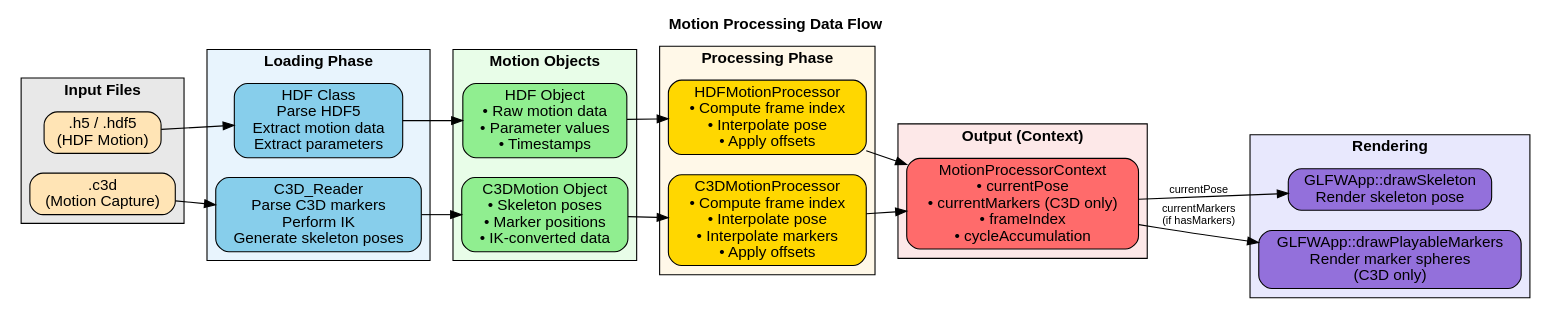
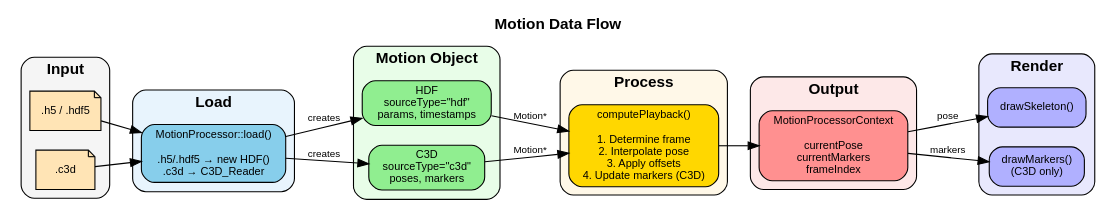
The diagram in plot/dot/motion_data_flow.dot (DaebangStn/BidirectionalGaitNet), drawn with Graphviz before and after one commit. The commit also changed 30 other files, not shown here.

Commit message:
refactor: clean up motion file types (removed bvh, hdfRollout)

```diff
--- a/plot/dot/motion_data_flow.dot
+++ b/plot/dot/motion_data_flow.dot
@@ -1,95 +1,96 @@
 // Motion Data Flow Diagram
-// Shows the flow of data through the motion processing system
+// BidirectionalGaitNet Viewer - Unified Motion Processing Pipeline
+// Generate: dot -Tpng -o motion_data_flow.png motion_data_flow.dot
 
 digraph MotionDataFlow {
     rankdir=LR;
-    node [shape=box, style="rounded,filled", fontname="Helvetica"];
-    edge [fontname="Helvetica", fontsize=10];
+    node [shape=box, style="rounded,filled", fontname="Helvetica", fontsize=10];
+    edge [fontname="Helvetica", fontsize=9];
+    splines=polyline;
 
-    // Title
     labelloc="t";
-    label="Motion Processing Data Flow";
+    label="Motion Data Flow";
     fontsize=14;
     fontname="Helvetica-Bold";
 
-    // ==================== INPUT FILES ====================
+    // ==================== INPUT ====================
     subgraph cluster_input {
-        label="Input Files";
-        style=filled;
-        fillcolor="#E8E8E8";
+        label="Input";
+        style="rounded,filled";
+        fillcolor="#F5F5F5";
 
-        HDF5_File [label=".h5 / .hdf5\n(HDF Motion)", fillcolor="#FFE4B5"];
-        C3D_File [label=".c3d\n(Motion Capture)", fillcolor="#FFE4B5"];
+        HDF_File [label=".h5 / .hdf5" fillcolor="#FFE4B5" shape=note];
+        C3D_File [label=".c3d" fillcolor="#FFE4B5" shape=note];
     }
 
-    // ==================== LOADING ====================
-    subgraph cluster_loading {
-        label="Loading Phase";
-        style=filled;
+    // ==================== LOAD ====================
+    subgraph cluster_load {
+        label="Load";
+        style="rounded,filled";
         fillcolor="#E8F4FD";
 
-        HDF_Load [label="HDF Class\nParse HDF5\nExtract motion data\nExtract parameters", fillcolor="#87CEEB"];
-        C3D_Load [label="C3D_Reader\nParse C3D markers\nPerform IK\nGenerate skeleton poses", fillcolor="#87CEEB"];
+        Load [
+            label="MotionProcessor::load()\n\n.h5/.hdf5 → new HDF()\n.c3d → C3D_Reader"
+            fillcolor="#87CEEB"
+        ];
     }
 
-    // ==================== MOTION OBJECTS ====================
+    // ==================== MOTION ====================
     subgraph cluster_motion {
-        label="Motion Objects";
-        style=filled;
+        label="Motion Object";
+        style="rounded,filled";
         fillcolor="#E8FDE8";
 
-        HDF_Motion [label="HDF Object\n• Raw motion data\n• Parameter values\n• Timestamps", fillcolor="#90EE90"];
-        C3D_Motion [label="C3DMotion Object\n• Skeleton poses\n• Marker positions\n• IK-converted data", fillcolor="#90EE90"];
+        HDF_Obj [label="HDF\nsourceType=\"hdf\"\nparams, timestamps" fillcolor="#90EE90"];
+        C3D_Obj [label="C3D\nsourceType=\"c3d\"\nposes, markers" fillcolor="#90EE90"];
     }
 
-    // ==================== PROCESSORS ====================
+    // ==================== PROCESS ====================
     subgraph cluster_process {
-        label="Processing Phase";
-        style=filled;
+        label="Process";
+        style="rounded,filled";
         fillcolor="#FFF8E8";
 
-        HDF_Proc [label="HDFMotionProcessor\n• Compute frame index\n• Interpolate pose\n• Apply offsets", fillcolor="#FFD700"];
-        C3D_Proc [label="C3DMotionProcessor\n• Compute frame index\n• Interpolate pose\n• Interpolate markers\n• Apply offsets", fillcolor="#FFD700"];
+        Playback [
+            label="computePlayback()\n\n1. Determine frame\n2. Interpolate pose\n3. Apply offsets\n4. Update markers (C3D)"
+            fillcolor="#FFD700"
+        ];
     }
 
     // ==================== OUTPUT ====================
     subgraph cluster_output {
-        label="Output (Context)";
-        style=filled;
+        label="Output";
+        style="rounded,filled";
         fillcolor="#FDE8E8";
 
-        Context [label="MotionProcessorContext\n• currentPose\n• currentMarkers (C3D only)\n• frameIndex\n• cycleAccumulation", fillcolor="#FF6B6B"];
+        Context [
+            label="MotionProcessorContext\n\ncurrentPose\ncurrentMarkers\nframeIndex"
+            fillcolor="#FF9090"
+        ];
     }
 
-    // ==================== RENDERING ====================
+    // ==================== RENDER ====================
     subgraph cluster_render {
-        label="Rendering";
-        style=filled;
+        label="Render";
+        style="rounded,filled";
         fillcolor="#E8E8FD";
 
-        Skeleton [label="GLFWApp::drawSkeleton\nRender skeleton pose", fillcolor="#9370DB"];
-        Markers [label="GLFWApp::drawPlayableMarkers\nRender marker spheres\n(C3D only)", fillcolor="#9370DB"];
+        Skeleton [label="drawSkeleton()" fillcolor="#B0B0FF"];
+        Markers [label="drawMarkers()\n(C3D only)" fillcolor="#B0B0FF"];
     }
 
     // ==================== EDGES ====================
+    HDF_File -> Load;
+    C3D_File -> Load;
 
-    // Input to Loading
-    HDF5_File -> HDF_Load;
-    C3D_File -> C3D_Load;
+    Load -> HDF_Obj [label="creates"];
+    Load -> C3D_Obj [label="creates"];
 
-    // Loading to Motion Objects
-    HDF_Load -> HDF_Motion;
-    C3D_Load -> C3D_Motion;
+    HDF_Obj -> Playback [label="Motion*"];
+    C3D_Obj -> Playback [label="Motion*"];
 
-    // Motion Objects to Processors
-    HDF_Motion -> HDF_Proc;
-    C3D_Motion -> C3D_Proc;
+    Playback -> Context;
 
-    // Processors to Context
-    HDF_Proc -> Context;
-    C3D_Proc -> Context;
-
-    // Context to Rendering
-    Context -> Skeleton [label="currentPose"];
-    Context -> Markers [label="currentMarkers\n(if hasMarkers)"];
+    Context -> Skeleton [label="pose"];
+    Context -> Markers [label="markers"];
 }
```
